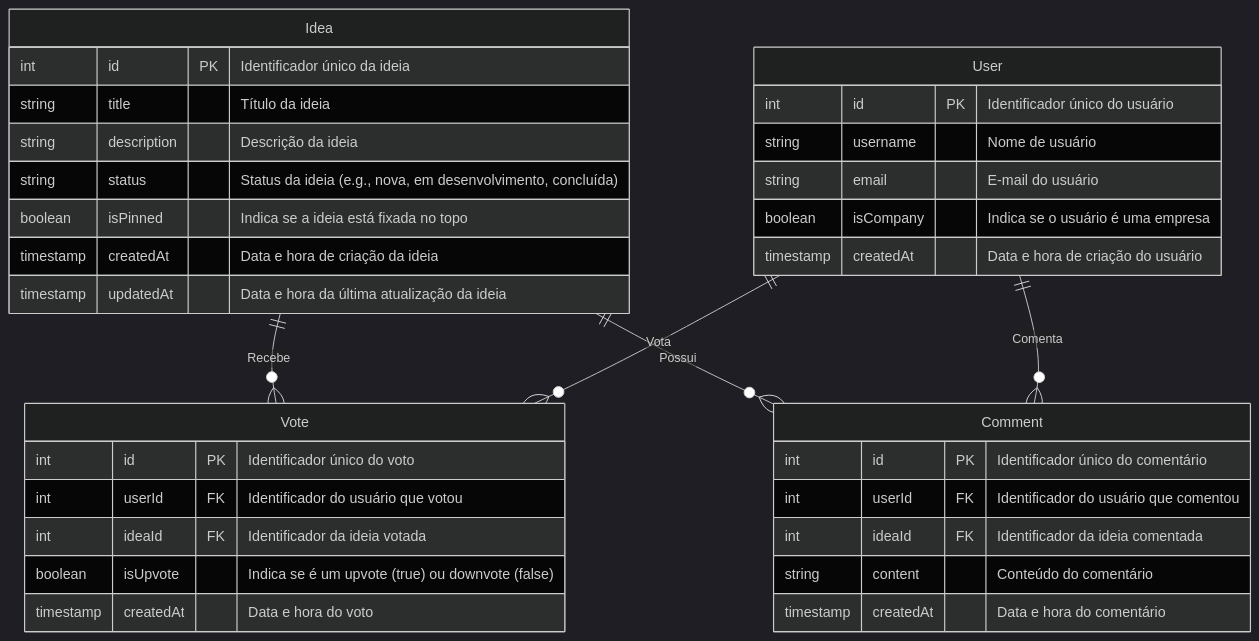
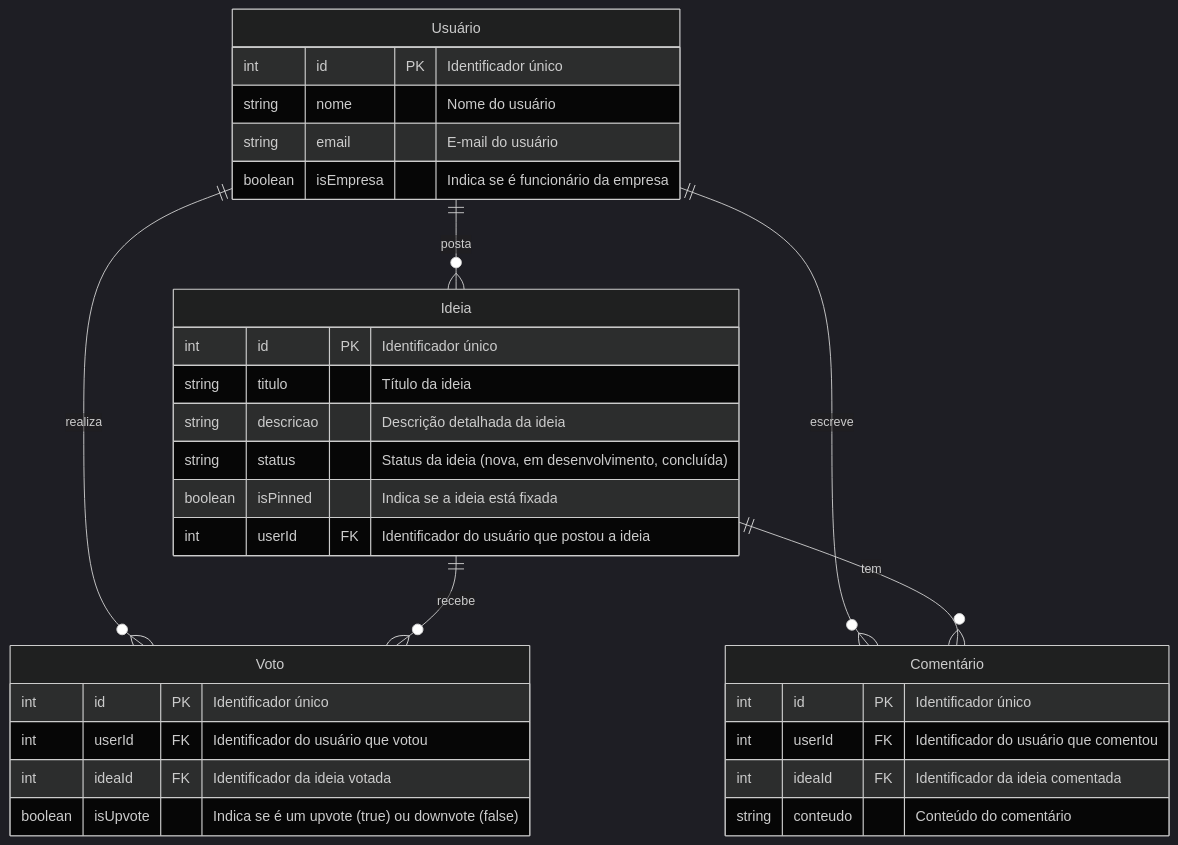
One commit to SpotifaiI/epicfy-concept changed the second of 2 diagrams in README.md. Above: the diagram before and after it, drawn with Mermaid. The commit also changed other lines of this file, not shown here.

Commit message:
feat: adicionar documentação do projeto

````diff
--- a/README.md
+++ b/README.md
@@ -65,47 +100,40 @@
 ``` mermaid
-
 %%{init: {'theme': 'dark'}}%%
 erDiagram
-    Idea {
-        int id PK "Identificador único da ideia"
-        string title "Título da ideia"
-        string description "Descrição da ideia"
-        string status "Status da ideia (e.g., nova, em desenvolvimento, concluída)"
-        boolean isPinned "Indica se a ideia está fixada no topo"
-        timestamp createdAt "Data e hora de criação da ideia"
-        timestamp updatedAt "Data e hora da última atualização da ideia"
+    Usuário {
+        int id PK "Identificador único"
+        string nome "Nome do usuário"
+        string email "E-mail do usuário"
+        boolean isEmpresa "Indica se é funcionário da empresa"
     }
 
-    User {
-        int id PK "Identificador único do usuário"
-        string username "Nome de usuário"
-        string email "E-mail do usuário"
-        boolean isCompany "Indica se o usuário é uma empresa"
-        timestamp createdAt "Data e hora de criação do usuário"
+    Ideia {
+        int id PK "Identificador único"
+        string titulo "Título da ideia"
+        string descricao "Descrição detalhada da ideia"
+        string status "Status da ideia (nova, em desenvolvimento, concluída)"
+        boolean isPinned "Indica se a ideia está fixada"
+        int userId FK "Identificador do usuário que postou a ideia"
     }
 
-    Vote {
-        int id PK "Identificador único do voto"
+    Voto {
+        int id PK "Identificador único"
         int userId FK "Identificador do usuário que votou"
         int ideaId FK "Identificador da ideia votada"
         boolean isUpvote "Indica se é um upvote (true) ou downvote (false)"
-        timestamp createdAt "Data e hora do voto"
     }
 
-    Comment {
-        int id PK "Identificador único do comentário"
+    Comentário {
+        int id PK "Identificador único"
         int userId FK "Identificador do usuário que comentou"
         int ideaId FK "Identificador da ideia comentada"
-        string content "Conteúdo do comentário"
-        timestamp createdAt "Data e hora do comentário"
+        string conteudo "Conteúdo do comentário"
     }
 
-    %% Relationships
-    Idea ||--o{ Vote : "Recebe"
-    Idea ||--o{ Comment : "Possui"
-    User ||--o{ Vote : "Vota"
-    User ||--o{ Comment : "Comenta"
-
-
-
+    %% Relações
+    Usuário ||--o{ Ideia : posta
+    Usuário ||--o{ Voto : realiza
+    Usuário ||--o{ Comentário : escreve
+    Ideia ||--o{ Voto : recebe
+    Ideia ||--o{ Comentário : tem
 ```
````
